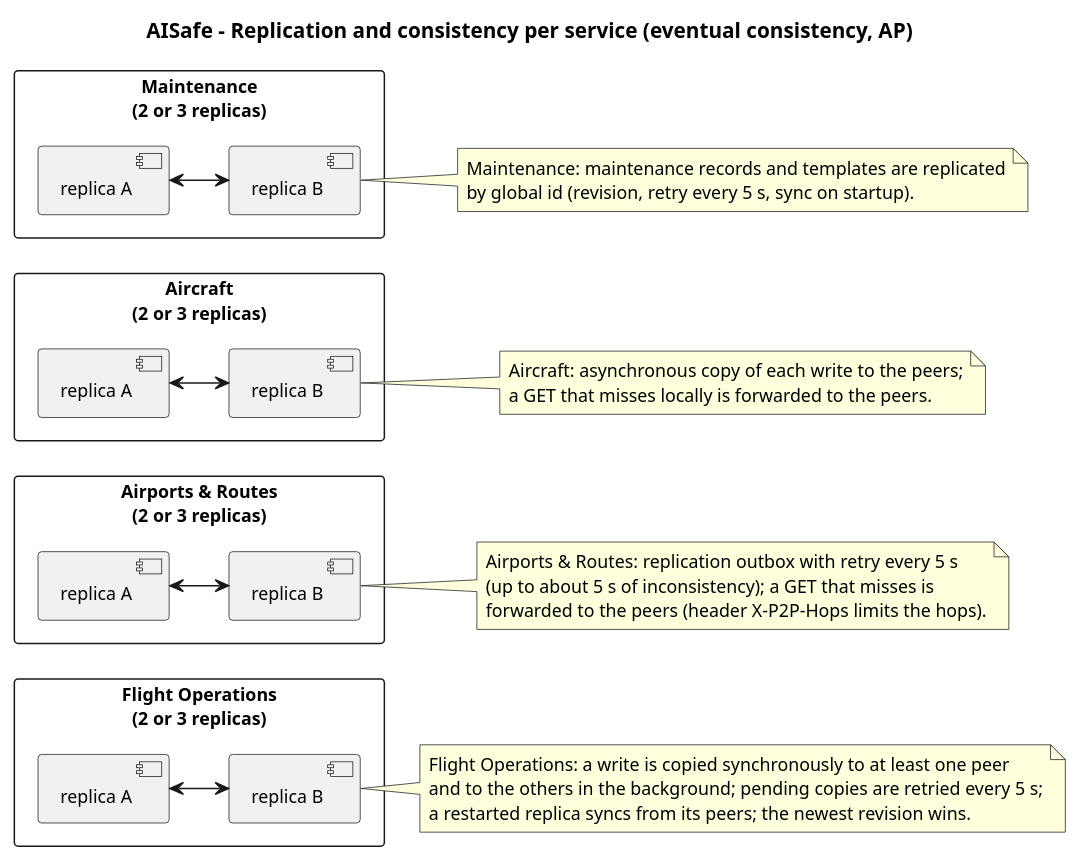
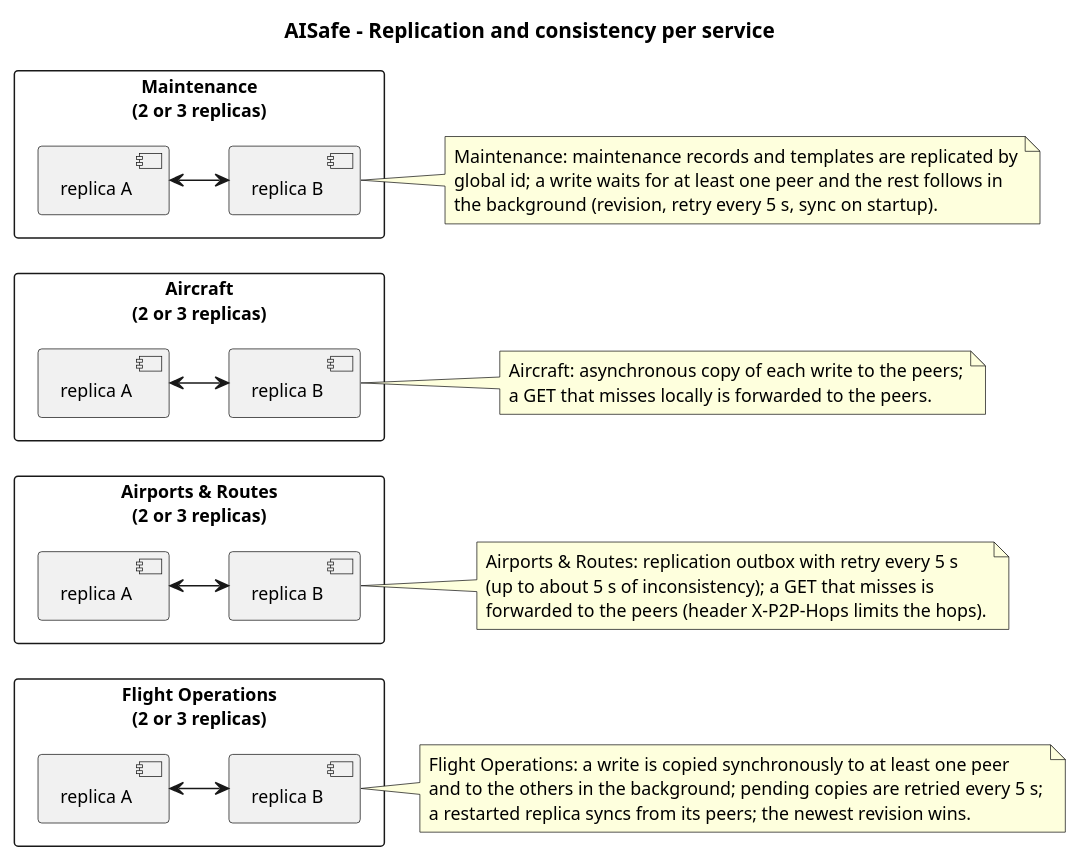
The diagram in docs/SIDIS/replication-overview.puml (anamartasilvaa/SIDIG_AI_Safe), drawn with PlantUML before and after one commit. The commit also changed 3 other files, not shown here.

Commit message:
gitignore + diagramas "limpos"

```diff
--- a/docs/SIDIS/replication-overview.puml
+++ b/docs/SIDIS/replication-overview.puml
@@ -1,50 +1,51 @@
 @startuml replication-overview
-title AISafe - Replication and consistency per service (eventual consistency, AP)
+title AISafe - Replication and consistency per service
 skinparam shadowing false
 skinparam defaultFontSize 12
 skinparam packageStyle rectangle
 skinparam nodesep 60
 skinparam ranksep 40
 left to right direction
 
 rectangle "Flight Operations\n(2 or 3 replicas)" as FO {
   component "replica A" as FA
   component "replica B" as FB
 }
 rectangle "Airports & Routes\n(2 or 3 replicas)" as AR {
   component "replica A" as RA
   component "replica B" as RB
 }
 rectangle "Aircraft\n(2 or 3 replicas)" as AC {
   component "replica A" as CA
   component "replica B" as CB
 }
 rectangle "Maintenance\n(2 or 3 replicas)" as MT {
   component "replica A" as MA
   component "replica B" as MB
 }
 
 FA <--> FB
 RA <--> RB
 CA <--> CB
 MA <--> MB
 
 note right of FB
   Flight Operations: a write is copied synchronously to at least one peer
   and to the others in the background; pending copies are retried every 5 s;
   a restarted replica syncs from its peers; the newest revision wins.
 end note
 note right of RB
   Airports & Routes: replication outbox with retry every 5 s
   (up to about 5 s of inconsistency); a GET that misses is
   forwarded to the peers (header X-P2P-Hops limits the hops).
 end note
 note right of CB
   Aircraft: asynchronous copy of each write to the peers;
   a GET that misses locally is forwarded to the peers.
 end note
 note right of MB
-  Maintenance: maintenance records and templates are replicated
-  by global id (revision, retry every 5 s, sync on startup).
+  Maintenance: maintenance records and templates are replicated by
+  global id; a write waits for at least one peer and the rest follows in
+  the background (revision, retry every 5 s, sync on startup).
 end note
 @enduml
```
